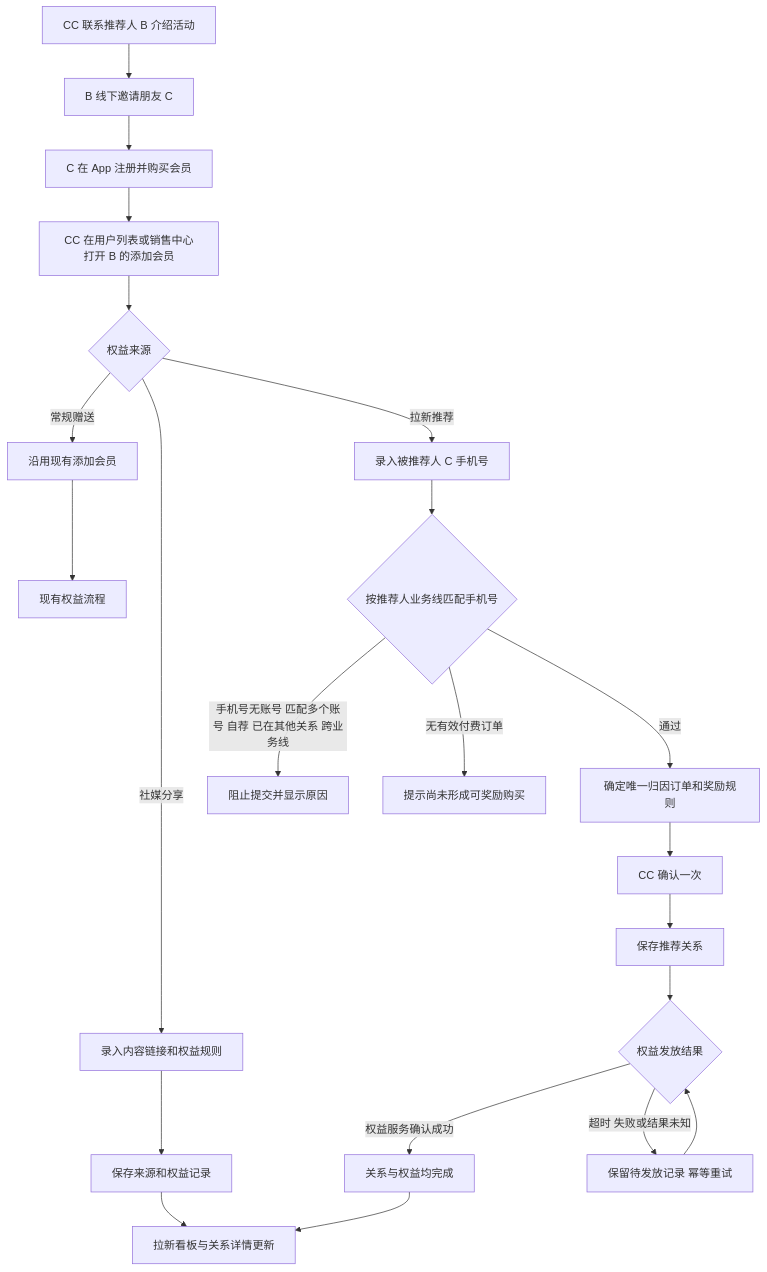
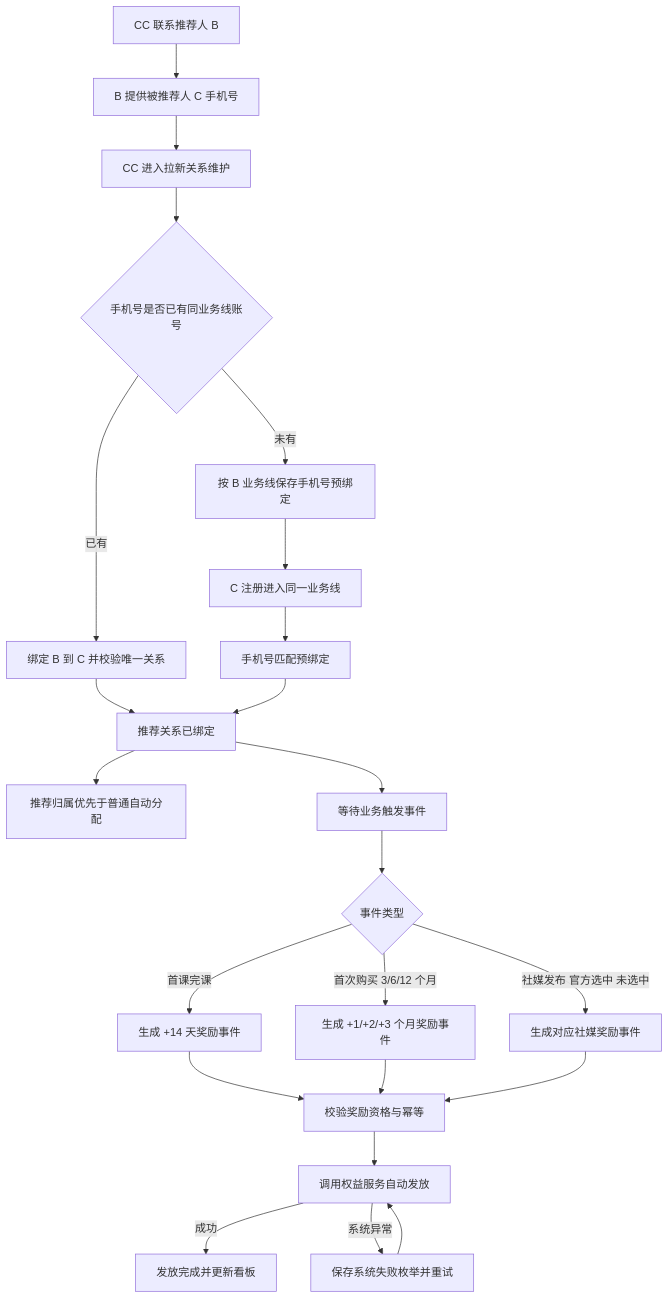
The diagram in projects/referral-growth-mvp/prd/PRD.md (h3-ai-lab/hhhprd), drawn with Mermaid before and after one commit. The commit also changed other lines of this file and 11 other files, not shown here.

````diff
--- a/projects/referral-growth-mvp/prd/PRD.md
+++ b/projects/referral-growth-mvp/prd/PRD.md
@@ -56,24 +59,25 @@
 ```mermaid
 flowchart TD
-    A[CC 联系推荐人 B 介绍活动] --> B[B 线下邀请朋友 C]
-    B --> C[C 在 App 注册并购买会员]
-    C --> D[CC 在用户列表或销售中心打开 B 的添加会员]
-    D --> E{权益来源}
-    E -->|常规赠送| E1[沿用现有添加会员]
-    E -->|社媒分享| E2[录入内容链接和权益规则]
-    E2 --> E3[保存来源和权益记录]
-    E -->|拉新推荐| F[录入被推荐人 C 手机号]
-    F --> G{按推荐人业务线匹配手机号}
-    G -->|手机号无账号 匹配多个账号 自荐 已在其他关系 跨业务线| H[阻止提交并显示原因]
-    G -->|无有效付费订单| I[提示尚未形成可奖励购买]
-    G -->|通过| J[确定唯一归因订单和奖励规则]
-    J --> K[CC 确认一次]
-    K --> L[保存推荐关系]
-    L --> M{权益发放结果}
-    M -->|权益服务确认成功| N[关系与权益均完成]
-    M -->|超时 失败或结果未知| O[保留待发放记录 幂等重试]
-    O --> M
-    N --> P[拉新看板与关系详情更新]
-    E1 --> Q[现有权益流程]
-    E3 --> P
+    A[CC 联系推荐人 B] --> B[B 提供被推荐人 C 手机号]
+    B --> C[CC 进入拉新关系维护]
+    C --> D{手机号是否已有同业务线账号}
+    D -->|已有| E[绑定 B 到 C 并校验唯一关系]
+    D -->|未有| F[按 B 业务线保存手机号预绑定]
+    E --> G[推荐关系已绑定]
+    F --> H[C 注册进入同一业务线]
+    H --> I[手机号匹配预绑定]
+    I --> G
+    G --> J[推荐归属优先于普通自动分配]
+    G --> K[等待业务触发事件]
+    K --> L{事件类型}
+    L -->|首课完课| M[生成 +14 天奖励事件]
+    L -->|首次购买 3/6/12 个月| N[生成 +1/+2/+3 个月奖励事件]
+    L -->|社媒发布 官方选中 未选中| O[生成对应社媒奖励事件]
+    M --> P[校验奖励资格与幂等]
+    N --> P
+    O --> P
+    P --> Q[调用权益服务自动发放]
+    Q -->|成功| R[发放完成并更新看板]
+    Q -->|系统异常| S[保存系统失败枚举并重试]
+    S --> Q
 ```
````
